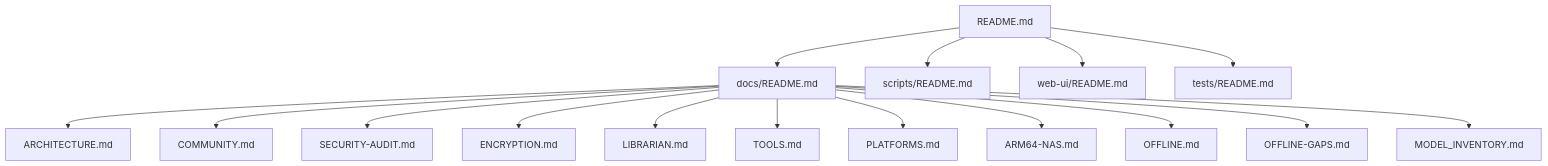
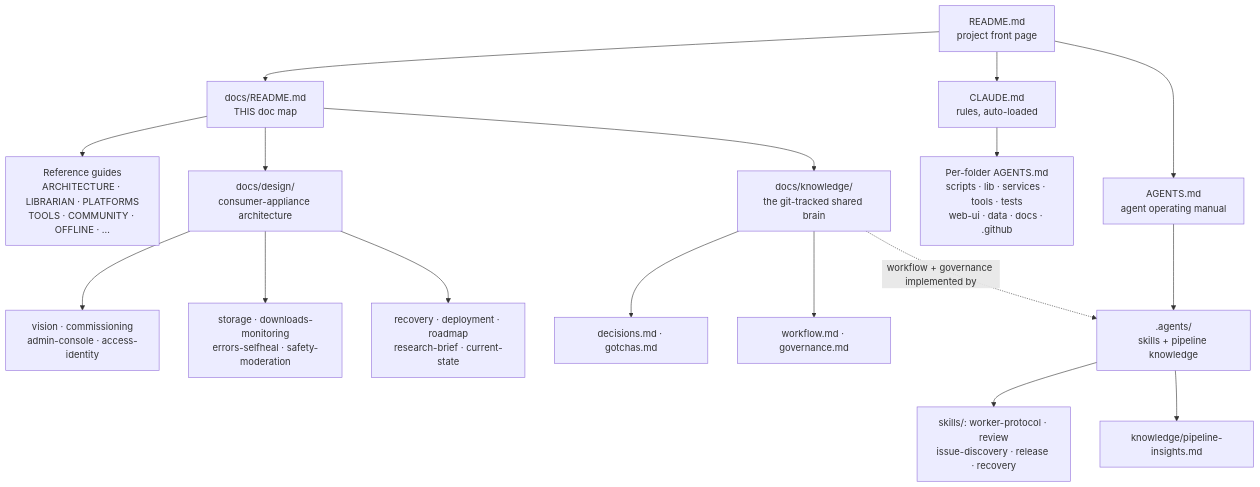
One commit to mvalancy/val-ark changed the diagram in docs/README.md. Above: the diagram before and after it, drawn with Mermaid. The commit also changed other lines of this file and 81 other files, not shown here.

````diff
--- a/docs/README.md
+++ b/docs/README.md
@@ -9,19 +20,25 @@
 ```mermaid
 graph TD
-    ROOT[README.md] --> DOCS[docs/README.md]
-    ROOT --> SCRIPTS[scripts/README.md]
-    ROOT --> WEBUI[web-ui/README.md]
-    ROOT --> TESTS[tests/README.md]
+    ROOT[README.md<br/>project front page] --> DOCS[docs/README.md<br/>THIS doc map]
+    ROOT --> CLAUDE[CLAUDE.md<br/>rules, auto-loaded]
+    ROOT --> AGENTS[AGENTS.md<br/>agent operating manual]
 
-    DOCS --> ARCH[ARCHITECTURE.md]
-    DOCS --> COMM[COMMUNITY.md]
-    DOCS --> SEC[SECURITY-AUDIT.md]
-    DOCS --> ENC[ENCRYPTION.md]
-    DOCS --> LIB[LIBRARIAN.md]
-    DOCS --> TOOLS[TOOLS.md]
-    DOCS --> PLAT[PLATFORMS.md]
-    DOCS --> NAS[ARM64-NAS.md]
-    DOCS --> OFFLINE[OFFLINE.md]
-    DOCS --> GAPS[OFFLINE-GAPS.md]
-    DOCS --> MODEL[MODEL_INVENTORY.md]
+    DOCS --> GUIDES[Reference guides<br/>ARCHITECTURE · LIBRARIAN · PLATFORMS<br/>TOOLS · COMMUNITY · OFFLINE · …]
+    DOCS --> DESIGN[docs/design/<br/>consumer-appliance architecture]
+    DOCS --> KNOW[docs/knowledge/<br/>the git-tracked shared brain]
+    AGENTS --> AG[.agents/<br/>skills + pipeline knowledge]
+
+    DESIGN --> D1[vision · commissioning<br/>admin-console · access-identity]
+    DESIGN --> D2[storage · downloads-monitoring<br/>errors-selfheal · safety-moderation]
+    DESIGN --> D3[recovery · deployment · roadmap<br/>research-brief · current-state]
+
+    KNOW --> K1[decisions.md · gotchas.md]
+    KNOW --> K2[workflow.md · governance.md]
+
+    AG --> S1[skills/: worker-protocol · review<br/>issue-discovery · release · recovery]
+    AG --> S2[knowledge/pipeline-insights.md]
+
+    KNOW -.->|"workflow + governance implemented by"| AG
+
+    CLAUDE --> FOLDERS[Per-folder AGENTS.md<br/>scripts · lib · services · tools · tests<br/>web-ui · data · docs · .github]
 ```
````
